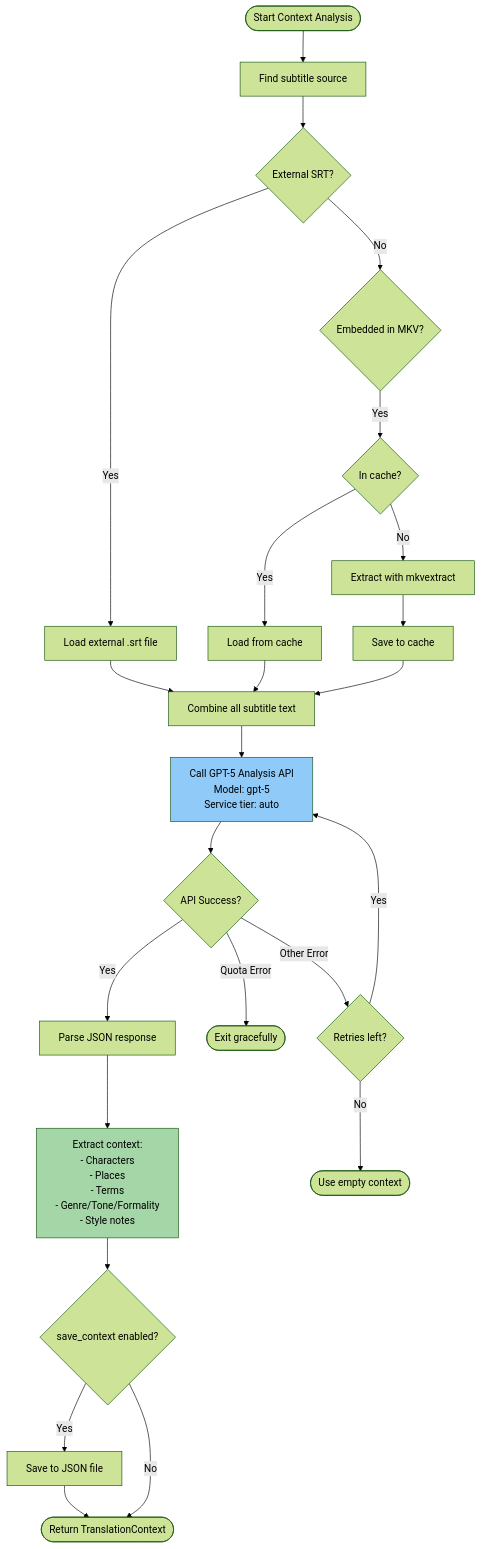
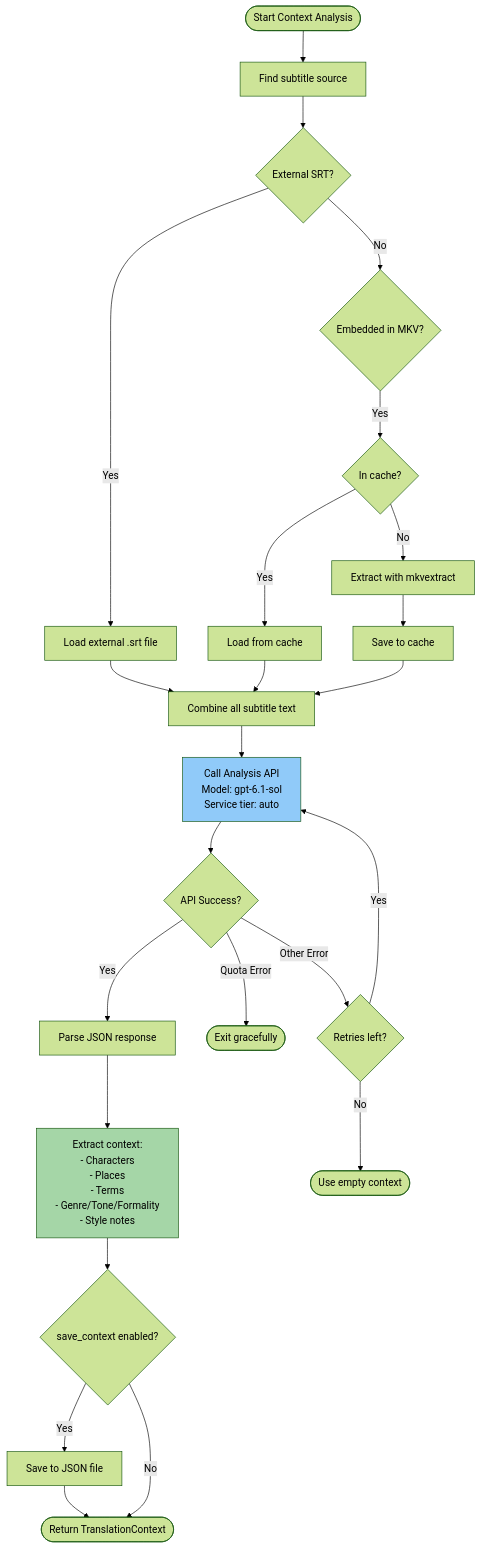
One commit to lepinkainen/subtrans changed the second of 8 diagrams in docs/translation-process.md. Above: the diagram before and after it, drawn with Mermaid (forest theme). The commit also changed other lines of this file and 2 other files, not shown here.

Commit message:
feat(config): default both passes to gpt-6.1-sol
Update the example config and docs to default both passes to gpt-6.1-sol. CLAUDE.md also picks up the Python 3.14 to 3.15 wording change.

````diff
--- a/docs/translation-process.md
+++ b/docs/translation-process.md
@@ -48,37 +48,37 @@
 ```mermaid
 flowchart TD
     Start([Start Context Analysis]) --> Find[Find subtitle source]
     Find --> Ext{External SRT?}
 
     Ext --> |Yes| LoadSRT[Load external .srt file]
     Ext --> |No| MKV{Embedded in MKV?}
 
     MKV --> |Yes| Cache{In cache?}
     Cache --> |Yes| LoadCache[Load from cache]
     Cache --> |No| Extract[Extract with mkvextract]
     Extract --> SaveCache[Save to cache]
     SaveCache --> Combine
 
     LoadSRT --> Combine[Combine all subtitle text]
     LoadCache --> Combine
 
-    Combine --> CallAPI[Call GPT-5 Analysis API<br/>Model: gpt-5<br/>Service tier: auto]
+    Combine --> CallAPI[Call Analysis API<br/>Model: gpt-6.1-sol<br/>Service tier: auto]
     CallAPI --> Response{API Success?}
 
     Response --> |Yes| ParseJSON[Parse JSON response]
     Response --> |Quota Error| Exit1([Exit gracefully])
     Response --> |Other Error| Retry{Retries left?}
 
     Retry --> |Yes| CallAPI
     Retry --> |No| Fail([Use empty context])
 
     ParseJSON --> Extract2[Extract context:<br/>- Characters<br/>- Places<br/>- Terms<br/>- Genre/Tone/Formality<br/>- Style notes]
 
     Extract2 --> SaveCtx{save_context enabled?}
     SaveCtx --> |Yes| SaveJSON[Save to JSON file]
     SaveCtx --> |No| Return
     SaveJSON --> Return([Return TranslationContext])
 
     style CallAPI fill:#90caf9
     style Extract2 fill:#a5d6a7
 ```
````
